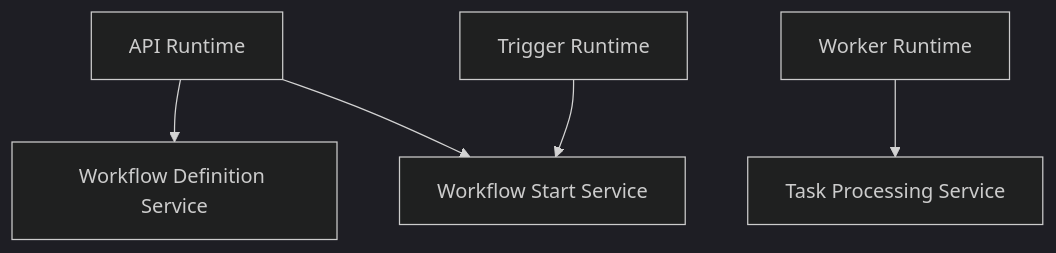
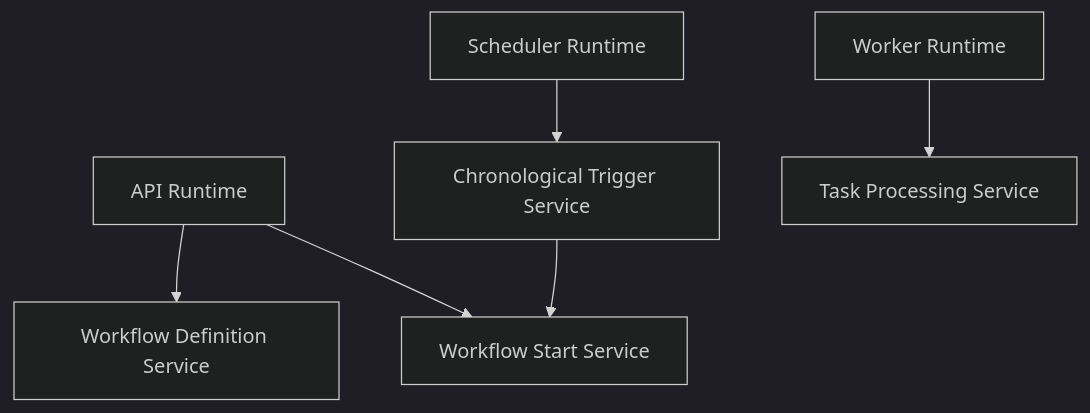
One commit to Devin8407/Automation-Platform changed the third of 3 diagrams in docs/architecture/application.md. Above: the diagram before and after it, drawn with Mermaid (dark theme). The commit also changed other lines of this file and 22 other files, not shown here.

First line of the commit message:
Add chronological trigger application services

````diff
--- a/docs/architecture/application.md
+++ b/docs/architecture/application.md
@@ -555,18 +758,21 @@
 ```mermaid
 flowchart TD
 
     API["API Runtime"]
-    TriggerRuntime["Trigger Runtime"]
+    Scheduler["Scheduler Runtime"]
     Worker["Worker Runtime"]
 
     Definitions["Workflow Definition Service"]
     Start["Workflow Start Service"]
+    Chronological["Chronological Trigger Service"]
     Processing["Task Processing Service"]
 
     API --> Definitions
     API --> Start
 
-    TriggerRuntime --> Start
+    Scheduler --> Chronological
 
     Worker --> Processing
+
+    Chronological --> Start
 ```
````
